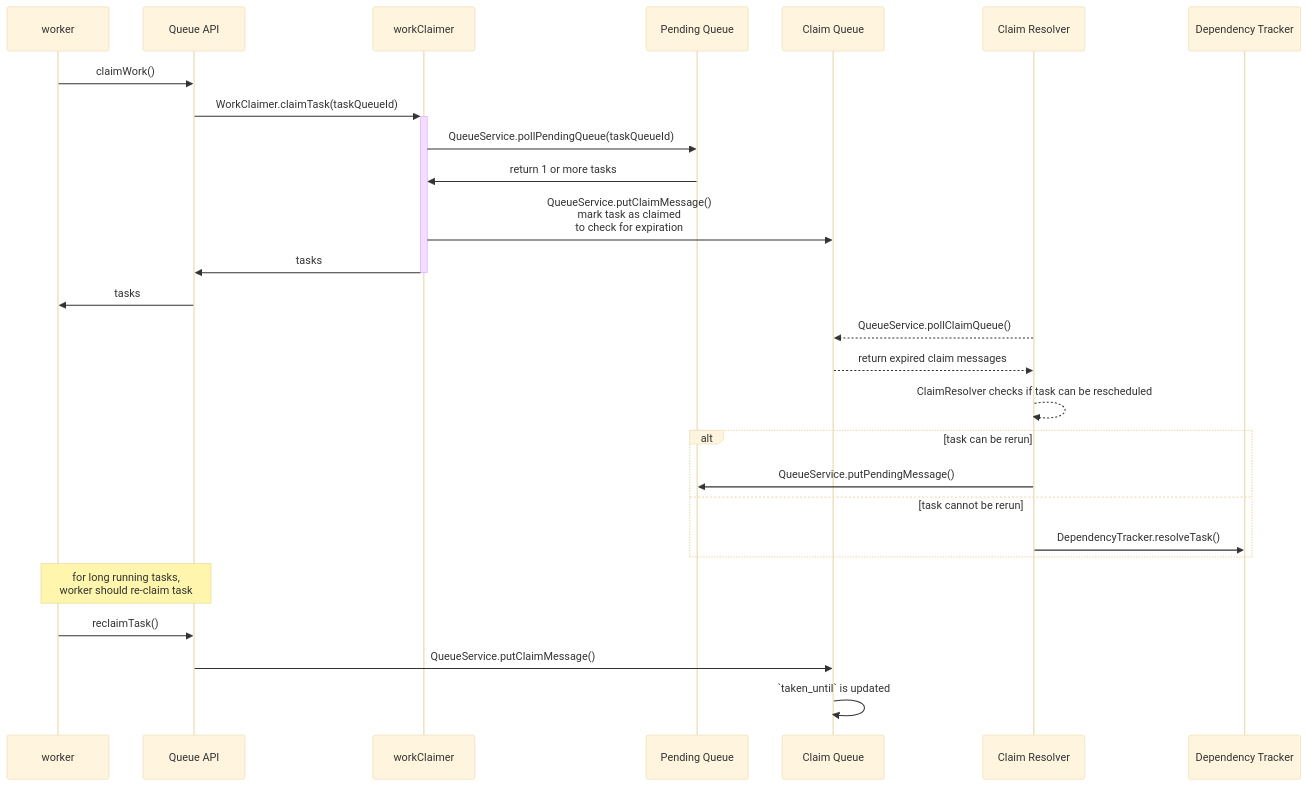
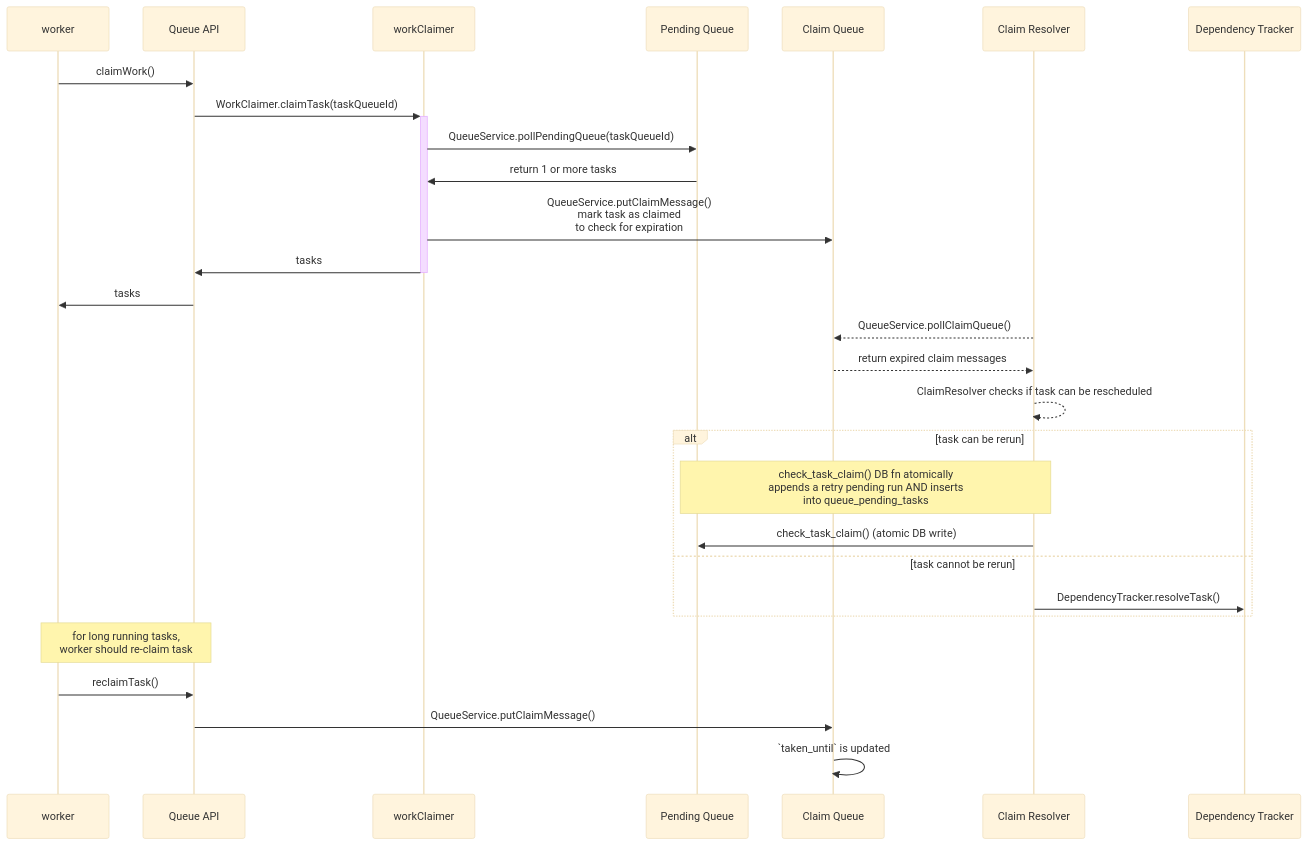
One commit to petemoore/taskcluster changed the second of 3 diagrams in services/queue/README.md. Above: the diagram before and after it, drawn with Mermaid (base theme). The commit also changed other lines of this file and 1607 other files, not shown here.

````diff
--- a/services/queue/README.md
+++ b/services/queue/README.md
@@ -58,34 +60,35 @@
 ```mermaid
 sequenceDiagram
   participant worker
   participant queue as Queue API
   participant workClaimer
   participant pendingQueue as Pending Queue
   participant claimQueue as Claim Queue
   participant claimResolver as Claim Resolver
   participant dependencyTracker as Dependency Tracker
 
   worker->>queue: claimWork()
   queue->>+workClaimer: WorkClaimer.claimTask(taskQueueId)
   workClaimer->>pendingQueue: QueueService.pollPendingQueue(taskQueueId)
   pendingQueue->>workClaimer: return 1 or more tasks
   workClaimer->>claimQueue: QueueService.putClaimMessage() <br> mark task as claimed<br> to check for expiration
   workClaimer->>-queue: tasks
   queue->>worker: tasks
 
   claimResolver-->>claimQueue: QueueService.pollClaimQueue()
   claimQueue-->>claimResolver: return expired claim messages
   claimResolver-->>claimResolver: ClaimResolver checks if task can be rescheduled
 
   alt task can be rerun
-    claimResolver->>pendingQueue: QueueService.putPendingMessage()
+    note over claimResolver,pendingQueue: check_task_claim() DB fn atomically<br> appends a retry pending run AND inserts<br> into queue_pending_tasks
+    claimResolver->>pendingQueue: check_task_claim() (atomic DB write)
   else task cannot be rerun
     claimResolver->>dependencyTracker: DependencyTracker.resolveTask()
   end
 
   note over worker, queue: for long running tasks,<br> worker should re-claim task
   worker->>queue: reclaimTask()
   queue->>claimQueue: QueueService.putClaimMessage()
   claimQueue->>claimQueue: `taken_until` is updated
 
 ```
````
